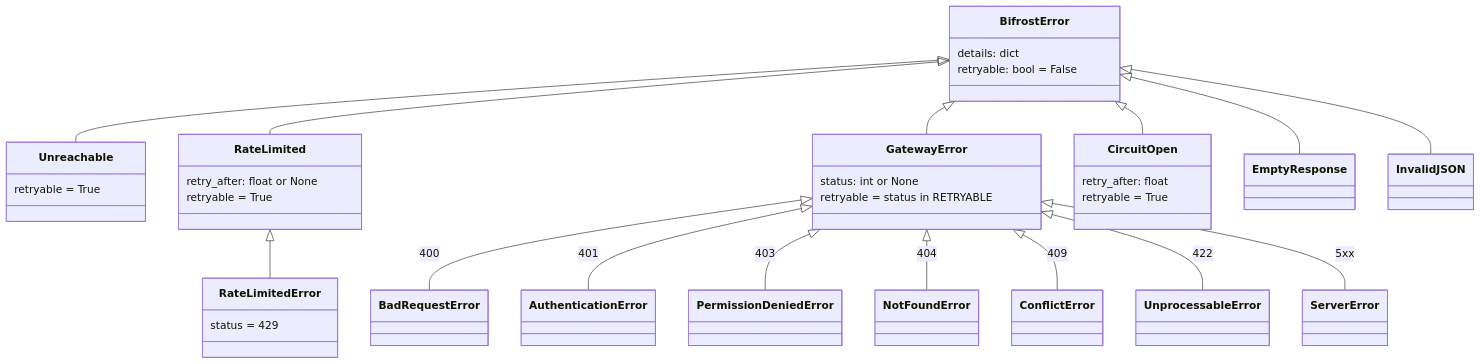
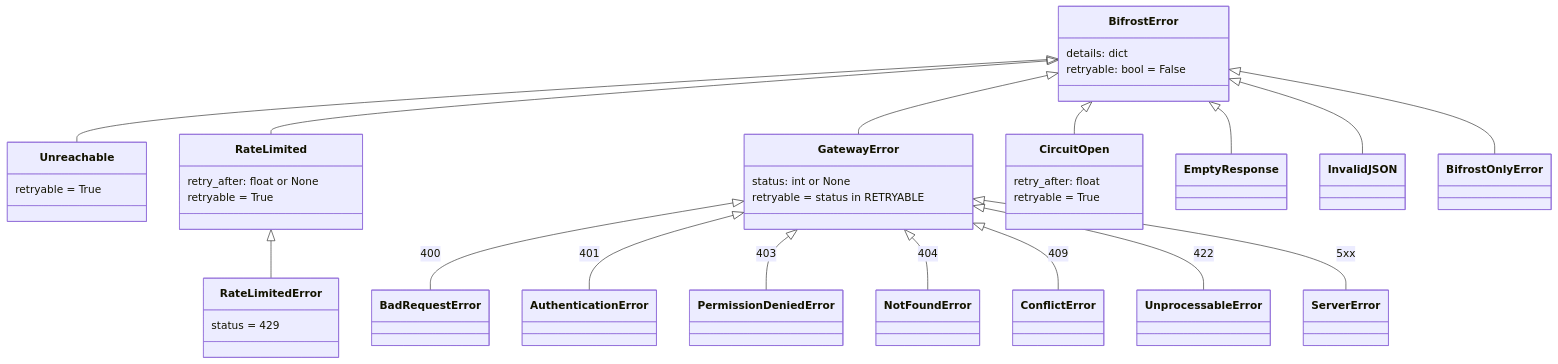
The ninth of 11 diagrams in docs/ARCHITECTURE.md (amitmohapatra/bifrost-sdk), drawn with Mermaid before and after one commit. The commit also changed other lines of this file and 35 other files, not shown here.

````diff
--- a/docs/ARCHITECTURE.md
+++ b/docs/ARCHITECTURE.md
@@ -404,39 +416,40 @@
 ```mermaid
 classDiagram
     class BifrostError {
         details: dict
         retryable: bool = False
     }
     class Unreachable {
         retryable = True
     }
     class RateLimited {
         retry_after: float or None
         retryable = True
     }
     class RateLimitedError {
         status = 429
     }
     class GatewayError {
         status: int or None
         retryable = status in RETRYABLE
     }
     class CircuitOpen {
         retry_after: float
         retryable = True
     }
     BifrostError <|-- Unreachable
     BifrostError <|-- RateLimited
     RateLimited <|-- RateLimitedError
     BifrostError <|-- GatewayError
     BifrostError <|-- CircuitOpen
     BifrostError <|-- EmptyResponse
     BifrostError <|-- InvalidJSON
+    BifrostError <|-- BifrostOnlyError
     GatewayError <|-- BadRequestError : 400
     GatewayError <|-- AuthenticationError : 401
     GatewayError <|-- PermissionDeniedError : 403
     GatewayError <|-- NotFoundError : 404
     GatewayError <|-- ConflictError : 409
     GatewayError <|-- UnprocessableError : 422
     GatewayError <|-- ServerError : 5xx
 ```
````
